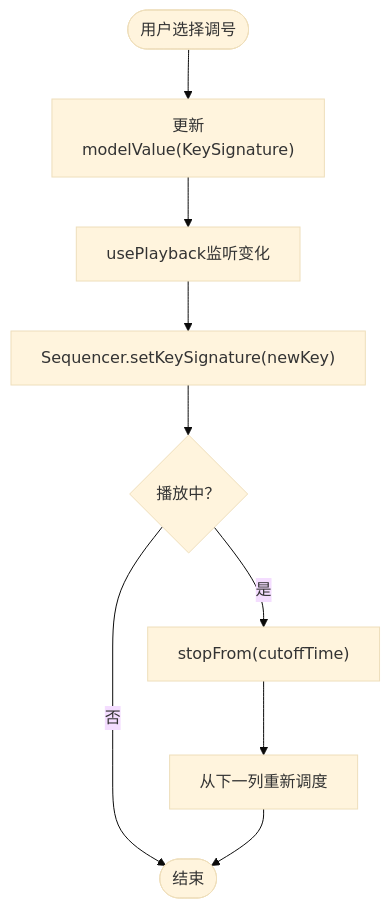
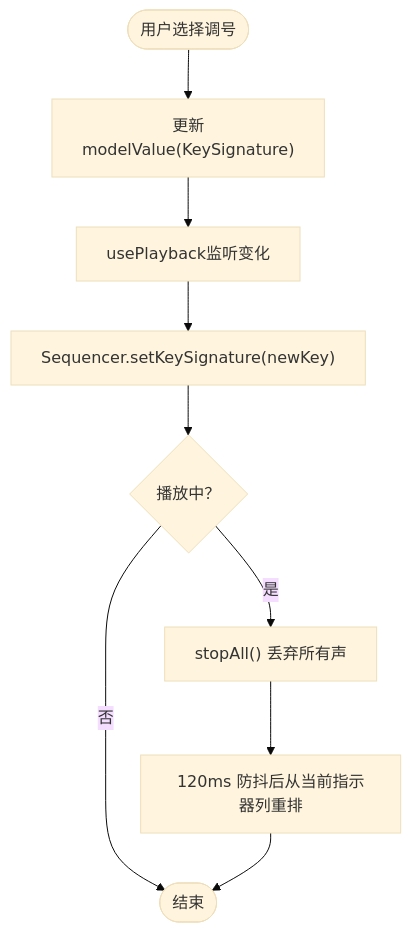
One commit to wingmeng/SUBOR-Music-Board changed the fifth of 8 diagrams in wiki/播放控制系统/播放控制系统.md. Above: the diagram before and after it, drawn with Mermaid (base theme). The commit also changed other lines of this file and 45 other files, not shown here.

````diff
--- a/wiki/播放控制系统/播放控制系统.md
+++ b/wiki/播放控制系统/播放控制系统.md
@@ -266,11 +266,11 @@
 ```mermaid
 flowchart TD
 Start(["用户选择调号"]) --> Update["更新modelValue(KeySignature)"]
 Update --> Watch["usePlayback监听变化"]
 Watch --> SetKey["Sequencer.setKeySignature(newKey)"]
 SetKey --> Resched{"播放中？"}
-Resched --> |是| StopFuture["stopFrom(cutoffTime)"]
-StopFuture --> ReSchedule["从下一列重新调度"]
+Resched --> |是| StopAll["stopAll() 丢弃所有声"]
+StopAll --> ReSchedule["120ms 防抖后从当前指示器列重排"]
 Resched --> |否| End(["结束"])
 ReSchedule --> End
 ```
````
